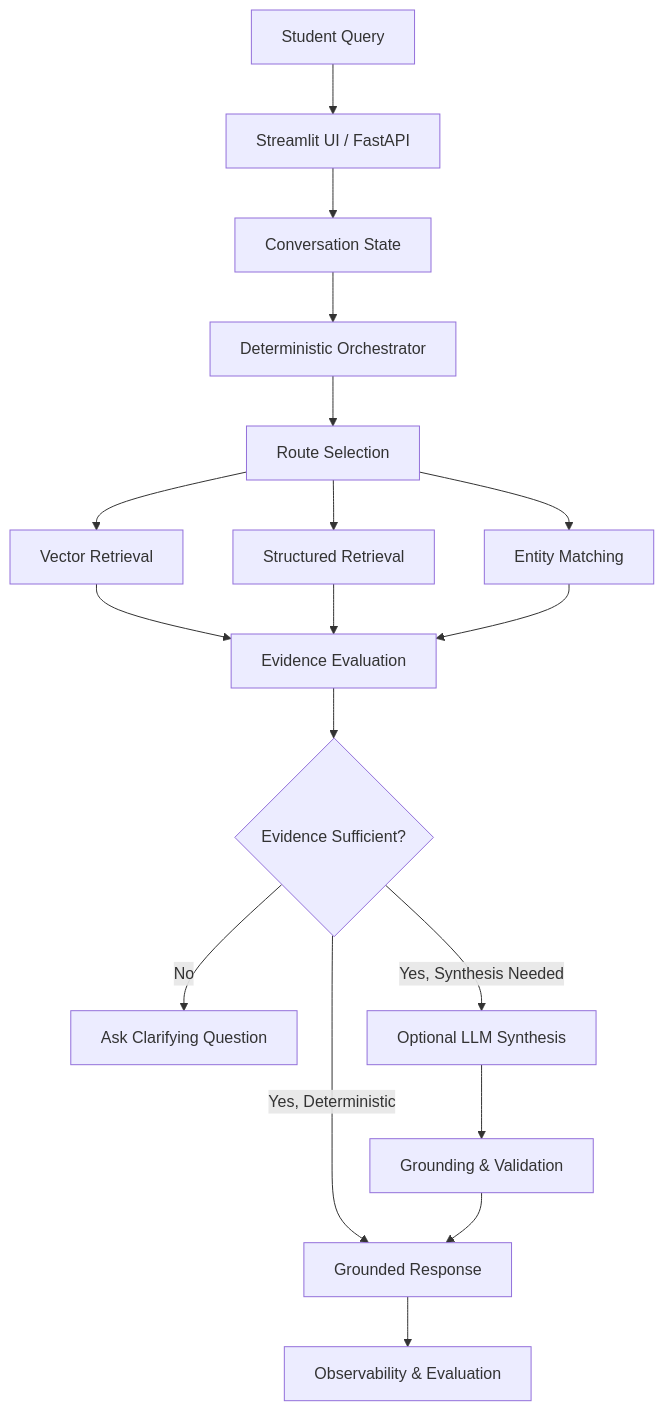
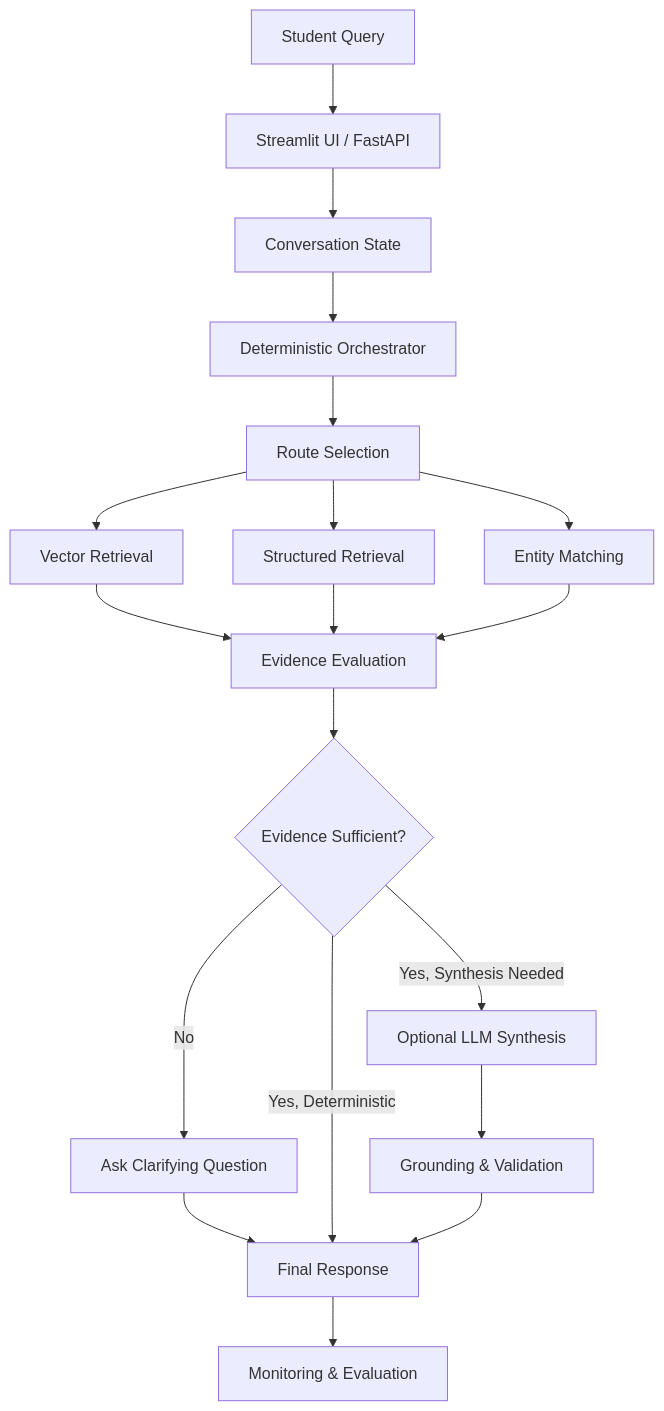
Before and after one commit to sushv07/GradCenterAgenticAIAssistant: the diagram in README.md, drawn with Mermaid. The commit also changed other lines of this file, not shown here.

Commit message:
Refine terminology in README for architecture section
Updated terminology for clarity and consistency in the architecture description.

````diff
--- a/README.md
+++ b/README.md
@@ -407,57 +407,59 @@
 ```mermaid
 flowchart TD
 
     User[Student Query]
 
     UI[Streamlit UI / FastAPI]
 
     State[Conversation State]
 
     Orchestrator[Deterministic Orchestrator]
 
     Router[Route Selection]
 
     Vector[Vector Retrieval]
 
     Structured[Structured Retrieval]
 
     Entity[Entity Matching]
 
     Evidence[Evidence Evaluation]
 
     Decision{Evidence Sufficient?}
 
     Clarify[Ask Clarifying Question]
 
     LLM[Optional LLM Synthesis]
 
     Validate[Grounding & Validation]
 
-    Response[Grounded Response]
+    Response[Final Response]
 
-    Logs[Observability & Evaluation]
+    Monitor[Monitoring & Evaluation]
 
     User --> UI
     UI --> State
     State --> Orchestrator
     Orchestrator --> Router
 
     Router --> Vector
     Router --> Structured
     Router --> Entity
 
     Vector --> Evidence
     Structured --> Evidence
     Entity --> Evidence
 
     Evidence --> Decision
 
     Decision -->|No| Clarify
+    Clarify --> Response
+
     Decision -->|Yes, Deterministic| Response
+
     Decision -->|Yes, Synthesis Needed| LLM
-
     LLM --> Validate
     Validate --> Response
 
-    Response --> Logs
+    Response --> Monitor
 ```
````
